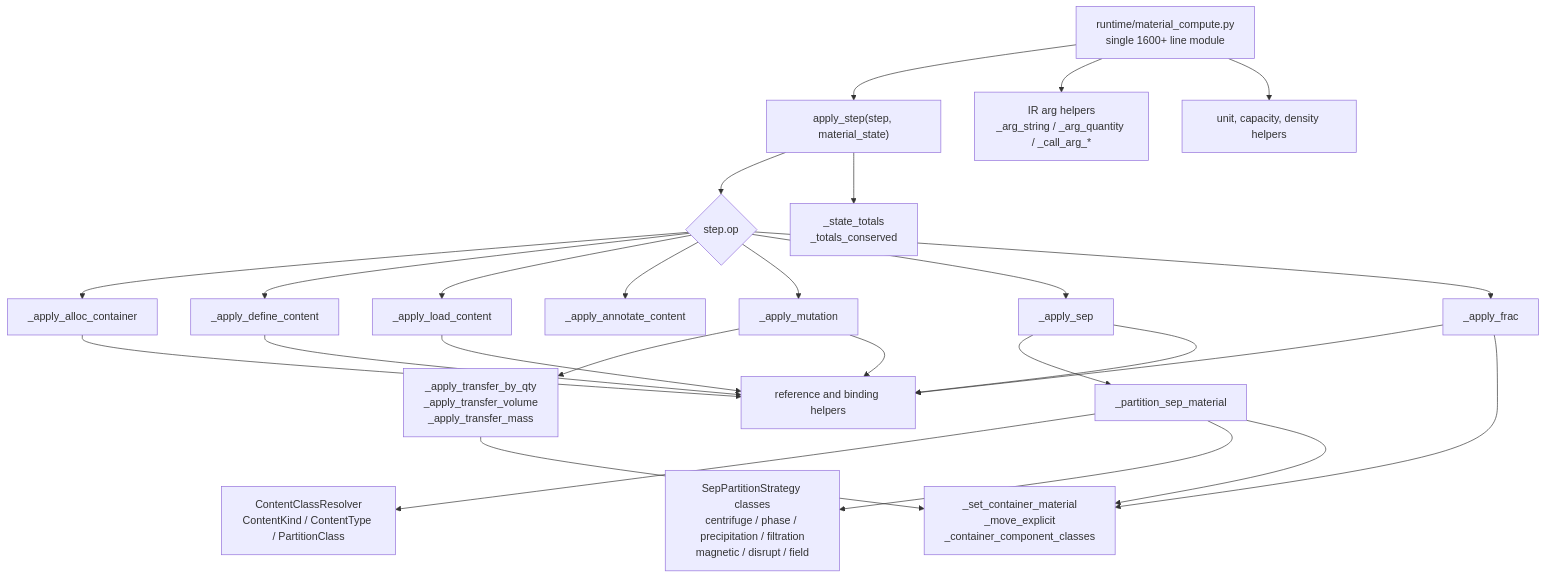
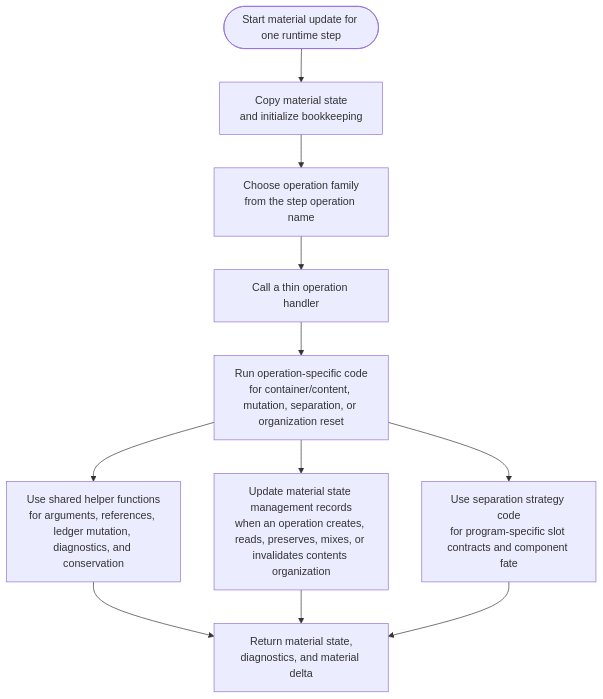
The first of 8 diagrams in docs/architecture/material_compute_module_diagrams.md (culsma/culsma), drawn with Mermaid before and after one commit. The commit also changed other lines of this file and 25 other files, not shown here.

````diff
--- a/docs/architecture/material_compute_module_diagrams.md
+++ b/docs/architecture/material_compute_module_diagrams.md
@@ -33,36 +32,23 @@
 ```mermaid
 flowchart TB
-    File["runtime/material_compute.py<br/>single 1600+ line module"]
+    Start(["Start material update for one runtime step"])
+    Copy["Copy material state<br/>and initialize bookkeeping"]
+    Dispatch["Choose operation family<br/>from the step operation name"]
+    ThinHandler["Call a thin operation handler"]
+    OperationCode["Run operation-specific code<br/>for container/content, mutation, separation, or organization reset"]
+    SharedHelpers["Use shared helper functions<br/>for arguments, references, ledger mutation, diagnostics, and conservation"]
+    StateManagement["Update material state management records<br/>when an operation creates, reads, preserves, mixes, or invalidates contents organization"]
+    Partition["Use separation strategy code<br/>for program-specific slot contracts and component fate"]
+    Result["Return material state,<br/>diagnostics, and material delta"]
 
-    File --> Entry["apply_step(step, material_state)"]
-    Entry --> Dispatch{"step.op"}
-
-    Dispatch --> Alloc["_apply_alloc_container"]
-    Dispatch --> Define["_apply_define_content"]
-    Dispatch --> Load["_apply_load_content"]
-    Dispatch --> Annotate["_apply_annotate_content"]
-    Dispatch --> Mutation["_apply_mutation"]
-    Dispatch --> Sep["_apply_sep"]
-    Dispatch --> Frac["_apply_frac"]
-
-    Mutation --> Transfer["_apply_transfer_by_qty<br/>_apply_transfer_volume<br/>_apply_transfer_mass"]
-    Sep --> Partition["_partition_sep_material"]
-
-    Partition --> Classes["ContentClassResolver<br/>ContentKind / ContentType / PartitionClass"]
-    Partition --> Strategies["SepPartitionStrategy classes<br/>centrifuge / phase / precipitation / filtration<br/>magnetic / disrupt / field"]
-    Partition --> Ledger["_set_container_material<br/>_move_explicit<br/>_container_component_classes"]
-
-    Alloc --> Refs["reference and binding helpers"]
-    Define --> Refs
-    Load --> Refs
-    Mutation --> Refs
-    Sep --> Refs
-    Frac --> Refs
-
-    Transfer --> Ledger
-    Frac --> Ledger
-
-    Entry --> Conservation["_state_totals<br/>_totals_conserved"]
-    File --> Args["IR arg helpers<br/>_arg_string / _arg_quantity / _call_arg_*"]
-    File --> Units["unit, capacity, density helpers"]
+    Start --> Copy
+    Copy --> Dispatch
+    Dispatch --> ThinHandler
+    ThinHandler --> OperationCode
+    OperationCode --> SharedHelpers
+    OperationCode --> StateManagement
+    OperationCode --> Partition
+    SharedHelpers --> Result
+    StateManagement --> Result
+    Partition --> Result
 ```
````
